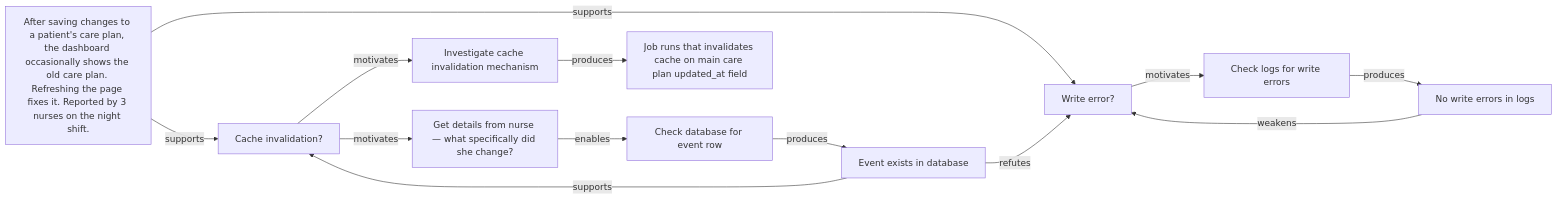
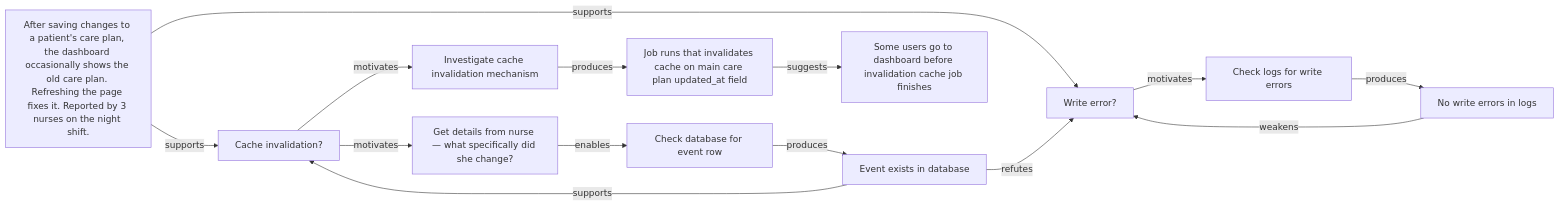
Before and after one commit to kahunacohen/why: the diagram in diagrams/bug.mmd, drawn with Mermaid.

```diff
--- a/diagrams/bug.mmd
+++ b/diagrams/bug.mmd
@@ -1,70 +1,73 @@
 flowchart LR
 %% Bug report:
 %% After saving changes to a patient's care plan, the dashboard occasionally
 %% shows the old care plan. Refreshing the page a few seconds later shows the
 %% updated care plan. Reported by 3 nurses on the night shift.
 
 %% Root cause:
 %% Saving the care plan triggers an asynchronous cache invalidation/update
 %% process. The save request returns before the invalidation completes, creating
 %% a race condition between the dashboard reading cached data and the cache being
 %% refreshed. If the dashboard reloads before invalidation finishes, it displays
 %% stale data. A later refresh succeeds because the cache has since been updated.
 
 %% =====================================================
 %% Initial complaint
 %% =====================================================
 
 B1["After saving changes to a patient's care plan, the dashboard occasionally shows the old care plan. Refreshing the page fixes it. Reported by 3 nurses on the night shift."]
 
 %% =====================================================
 %% Initial hypotheses
 %% =====================================================
 
 H1["Write error?"]
 H2["Cache invalidation?"]
 
 B1 -->|supports| H1
 B1 -->|supports| H2
 
 %% =====================================================
 %% Investigating H1 — write error
 %% =====================================================
 
 A1["Check logs for write errors"]
 H1 -->|motivates| A1
 
 O1["No write errors in logs"]
 A1 -->|produces| O1
 
 O1 -->|weakens| H1
 
 %% =====================================================
 %% Investigating H2 — cache invalidation
 %% =====================================================
 
 A2["Get details from nurse — what specifically did she change?"]
 H2 -->|motivates| A2
 
 A3["Check database for event row"]
 A2 -->|enables| A3
 
 O2["Event exists in database"]
 A3 -->|produces| O2
 
 %% =====================================================
 %% Evidence updates hypotheses
 %% =====================================================
 
 O2 -->|refutes| H1
 O2 -->|supports| H2
 
 %% =====================================================
 %% Investigating cache invalidation mechanism
 %% =====================================================
 
 A4["Investigate cache invalidation mechanism"]
 H2 -->|motivates| A4
 
 O3["Job runs that invalidates cache on main care plan updated_at field"]
 A4 -->|produces| O3
+
+H3["Some users go to dashboard before invalidation cache job finishes"]
+O3 --> |suggests| H3
```
